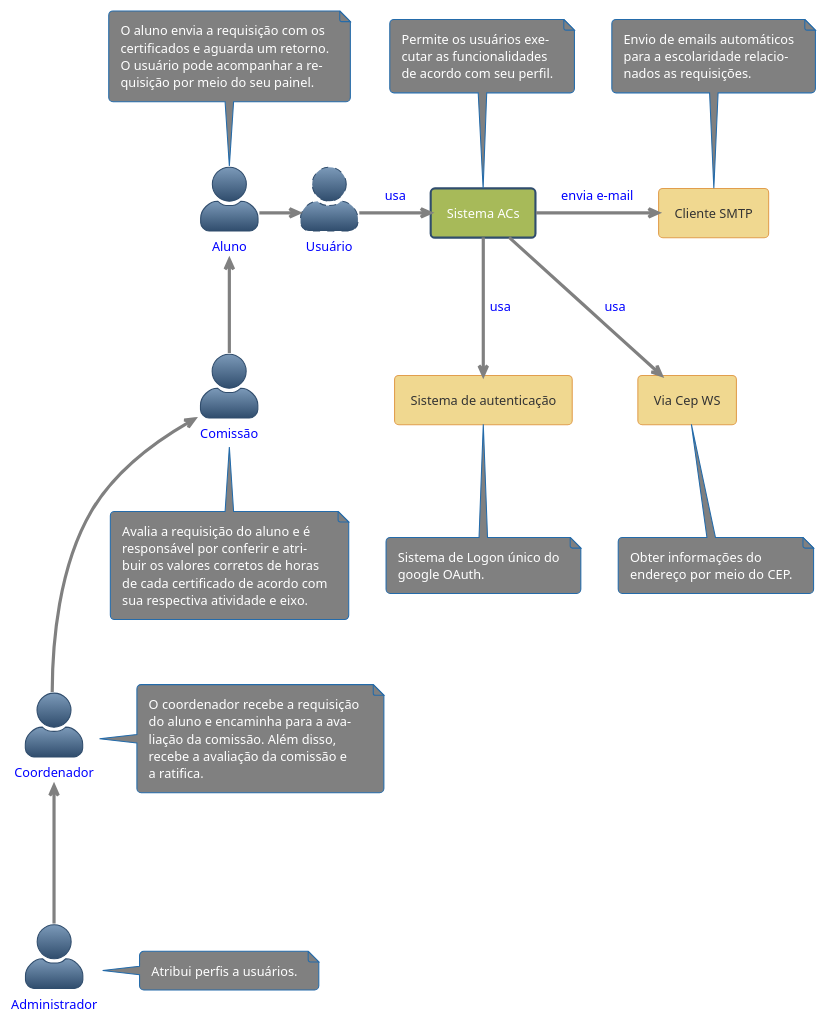
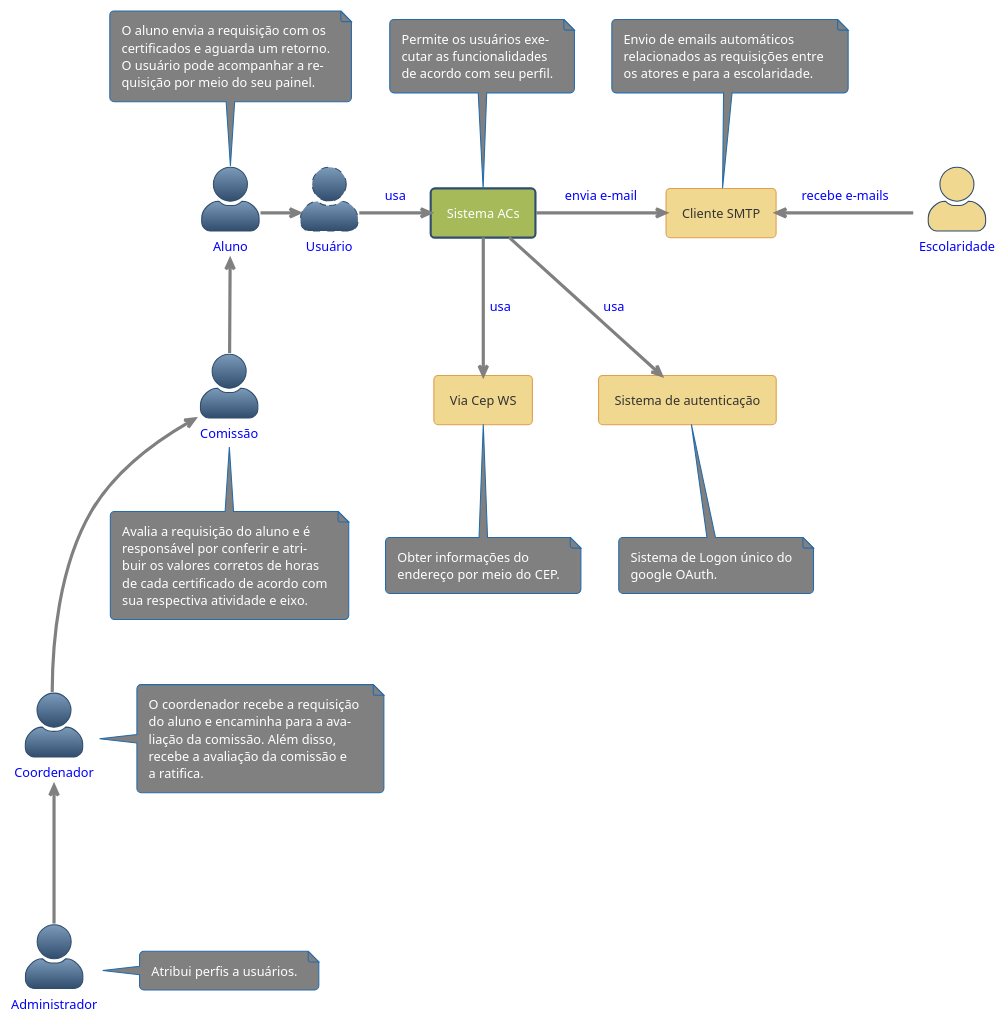
The diagram in sistema-docs/src/2. Níveis/2.1 Contexto - C1/diagrama-c1.puml (kvojps/sistema-acs), drawn with PlantUML before and after one commit. The commit also changed 12 other files, not shown here.

Commit message:
feat: refinando diagramas e textos do C4model

```diff
--- a/sistema-docs/src/2. Níveis/2.1 Contexto - C1/diagrama-c1.puml
+++ b/sistema-docs/src/2. Níveis/2.1 Contexto - C1/diagrama-c1.puml
@@ -1,74 +1,76 @@
 @startuml Diagrama c1 - contexto
 !theme spacelab
 skinparam actorStyle awesome
 
 actor Usuário #line.dashed;text:blue
 actor Aluno #text:blue
 actor Comissão #text:blue
 actor Coordenador #text:blue
 actor Administrador #text:blue
+actor Escolaridade #f0d890;text:blue
 
 note top of Aluno #Gray
     O aluno envia a requisição com os
     certificados e aguarda um retorno.
     O usuário pode acompanhar a re- 
     quisição por meio do seu painel.
 end note
 
 note right of Coordenador #Gray
     O coordenador recebe a requisição 
     do aluno e encaminha para a ava-
     liação da comissão. Além disso, 
     recebe a avaliação da comissão e
     a ratifica.
 end note
 
 note bottom of Comissão #Gray
     Avalia a requisição do aluno e é 
     responsável por conferir e atri-
     buir os valores corretos de horas
     de cada certificado de acordo com
     sua respectiva atividade e eixo.
 end note
 
 note right of Administrador #Gray
     Atribui perfis a usuários.
 end note
 
 Aluno  -right-> Usuário #line:gray;
 Comissão -up-> Aluno #line:gray;
 Coordenador -up--> Comissão #line:gray;
 Administrador -up--> Coordenador #line:gray;
 
 rectangle Sistema_Acs as "Sistema ACs" #a7ba59
 
 note top of Sistema_Acs #Gray
     Permite os usuários exe-
     cutar as funcionalidades
     de acordo com seu perfil.
 end note
 
 agent Cliente_SMTP as "Cliente SMTP" #f0d890
 note top of Cliente_SMTP #Gray
-    Envio de emails automáticos
-    para a escolaridade relacio-
-    nados as requisições.
+    Envio de emails automáticos 
+    relacionados as requisições entre 
+    os atores e para a escolaridade.
 end note
 
 agent OAuth2 as "Sistema de autenticação" #f0d890
 note bottom of OAuth2 #Gray
     Sistema de Logon único do
     google OAuth.
 end note
 
 Agent ViaCep as "Via Cep WS" #f0d890
 note bottom of ViaCep #Gray
     Obter informações do 
     endereço por meio do CEP.
 end note
 
 Usuário -right-> Sistema_Acs #line:gray;text:blue : usa
 Sistema_Acs -right-> Cliente_SMTP #line:gray;text:blue : envia e-mail
+Escolaridade -left-> Cliente_SMTP #line:gray;text:blue : recebe e-mails
 Sistema_Acs -down-> OAuth2 #line:gray;text:blue : usa
 Sistema_Acs -down-> ViaCep #line:gray;text:blue : usa
 @enduml
```
